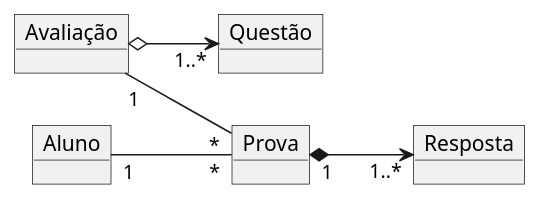
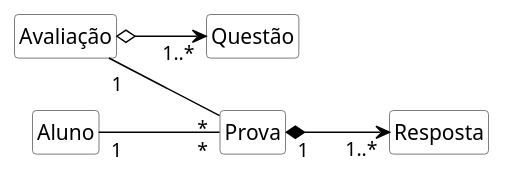
Before and after one commit to kyriosdata/oo: the diagram in imagens/modelos-05/mod05ima12/mod05ima12.plantuml, drawn with PlantUML. The commit also changed 11 other files, not shown here.

```diff
--- a/imagens/modelos-05/mod05ima12/mod05ima12.plantuml
+++ b/imagens/modelos-05/mod05ima12/mod05ima12.plantuml
@@ -1,12 +1,21 @@
 @startuml mod05ima12
-object "Avaliação" as av
-object "Questão" as qu
-object "Aluno" as al
-object "Prova" as pr
-object "Resposta" as re
+hide circle
+hide methods
+hide empty members
+
+skinparam class {
+    BackgroundColor White
+    ArrowColor Black
+    BorderColor #505050
+}
+class "Avaliação" as av
+class "Questão" as qu
+class "Aluno" as al
+class "Prova" as pr
+class "Resposta" as re
 left to right direction
 av o-->"1..*"qu
 av "1"--"*" pr
 al "1"--"*" pr
 pr "1"*-->"1..*"re
 @enduml
```
